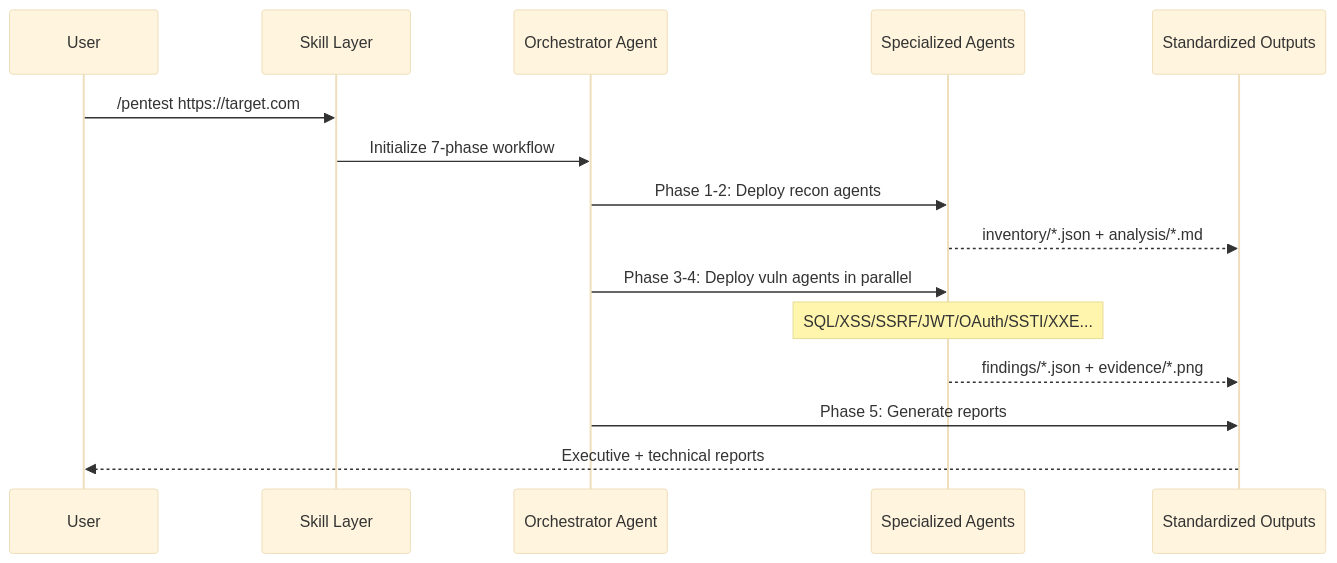
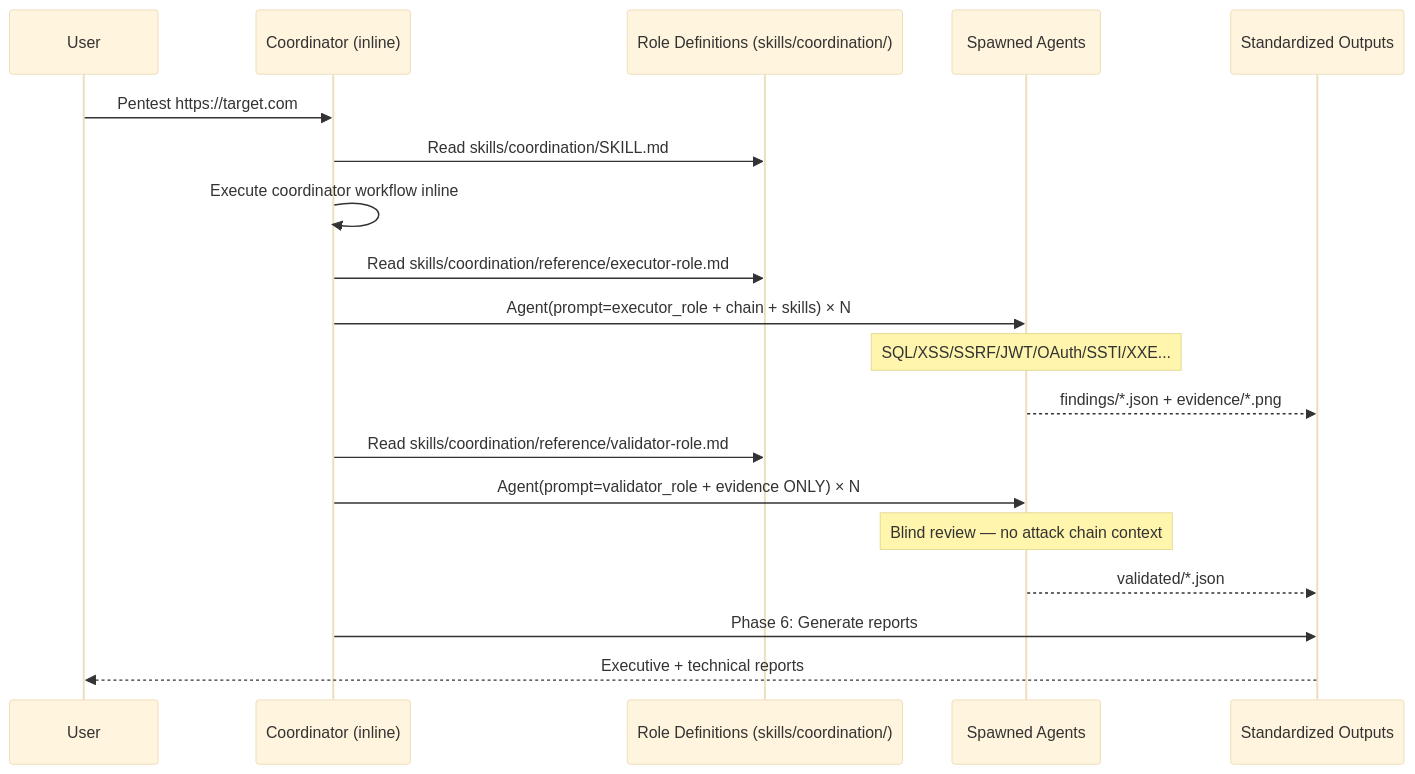
One commit to thereisnotime/skills-collection changed the diagram in skills/transilienceai--communitytools/README.md. Above: the diagram before and after it, drawn with Mermaid (base theme). The commit also changed other lines of this file and 725 other files, not shown here.

Commit message:
sync: update skills repos, readme and charts

````diff
--- a/skills/transilienceai--communitytools/README.md
+++ b/skills/transilienceai--communitytools/README.md
@@ -170,21 +171,25 @@
 ```mermaid
 sequenceDiagram
     participant User
-    participant Skill as Skill Layer
-    participant Orch as Orchestrator Agent
-    participant Agents as Specialized Agents
+    participant Coord as Coordinator (inline)
+    participant Roles as Role Definitions (skills/coordination/)
+    participant Agents as Spawned Agents
     participant Output as Standardized Outputs
 
-    User->>Skill: /pentest https://target.com
-    Skill->>Orch: Initialize 7-phase workflow
+    User->>Coord: Pentest https://target.com
+    Coord->>Roles: Read skills/coordination/SKILL.md
+    Coord->>Coord: Execute coordinator workflow inline
 
-    Orch->>Agents: Phase 1-2: Deploy recon agents
-    Agents-->>Output: inventory/*.json + analysis/*.md
-
-    Orch->>Agents: Phase 3-4: Deploy vuln agents in parallel
+    Coord->>Roles: Read skills/coordination/reference/executor-role.md
+    Coord->>Agents: Agent(prompt=executor_role + chain + skills) × N
     Note over Agents: SQL/XSS/SSRF/JWT/OAuth/SSTI/XXE...
     Agents-->>Output: findings/*.json + evidence/*.png
 
-    Orch->>Output: Phase 5: Generate reports
+    Coord->>Roles: Read skills/coordination/reference/validator-role.md
+    Coord->>Agents: Agent(prompt=validator_role + evidence ONLY) × N
+    Note over Agents: Blind review — no attack chain context
+    Agents-->>Output: validated/*.json
+
+    Coord->>Output: Phase 6: Generate reports
     Output-->>User: Executive + technical reports
 ```
````
